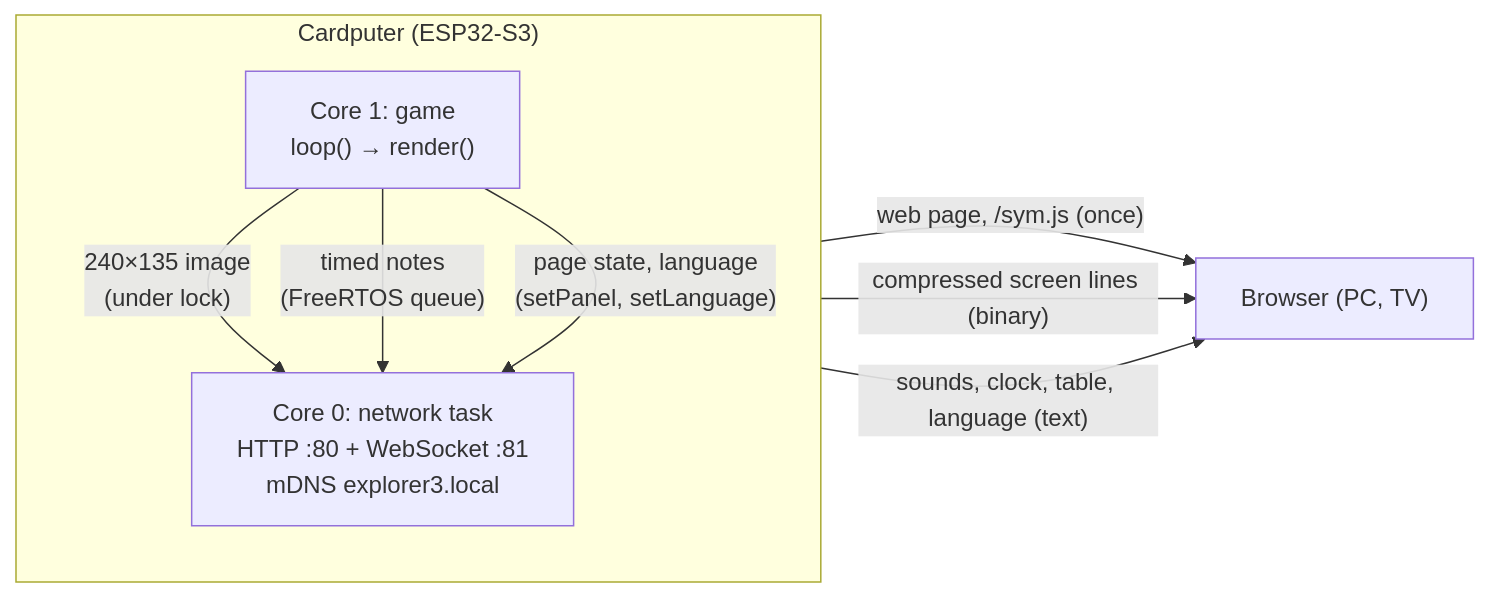
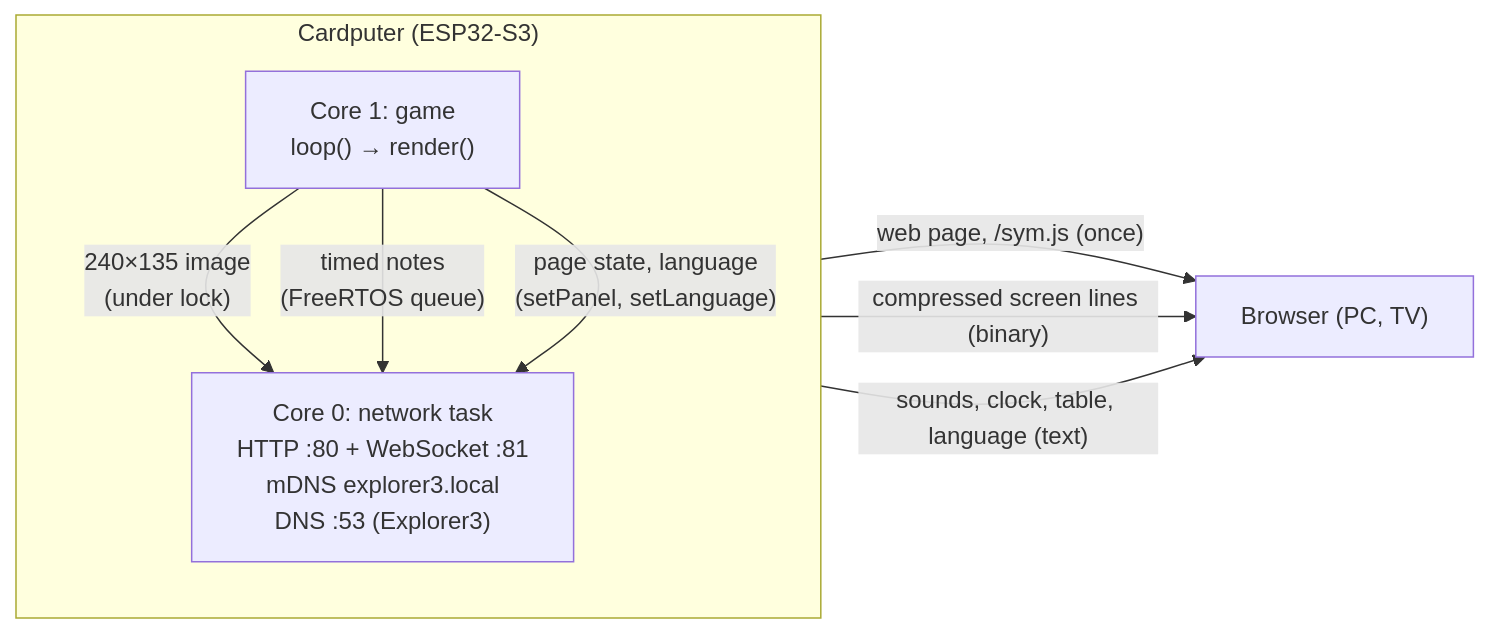
One commit to RyoSaeba89/Escape-Game-Cardputer changed the second of 2 diagrams in docs/TECHNICAL.md. Above: the diagram before and after it, drawn with Mermaid. The commit also changed other lines of this file and 3 other files, not shown here.

````diff
--- a/docs/TECHNICAL.md
+++ b/docs/TECHNICAL.md
@@ -263,13 +263,13 @@
 ```mermaid
 flowchart LR
     subgraph Cardputer["Cardputer (ESP32-S3)"]
         direction TB
         G["Core 1: game<br/>loop() → render()"] -->|"240×135 image<br/>(under lock)"| N
         G -->|"timed notes<br/>(FreeRTOS queue)"| N
         G -->|"page state, language<br/>(setPanel, setLanguage)"| N
-        N["Core 0: network task<br/>HTTP :80 + WebSocket :81<br/>mDNS explorer3.local"]
+        N["Core 0: network task<br/>HTTP :80 + WebSocket :81<br/>mDNS explorer3.local<br/>DNS :53 (Explorer3)"]
     end
     N -->|"web page, /sym.js (once)"| B["Browser (PC, TV)"]
     N -->|"compressed screen lines (binary)"| B
     N -->|"sounds, clock, table, language (text)"| B
 ```
````
